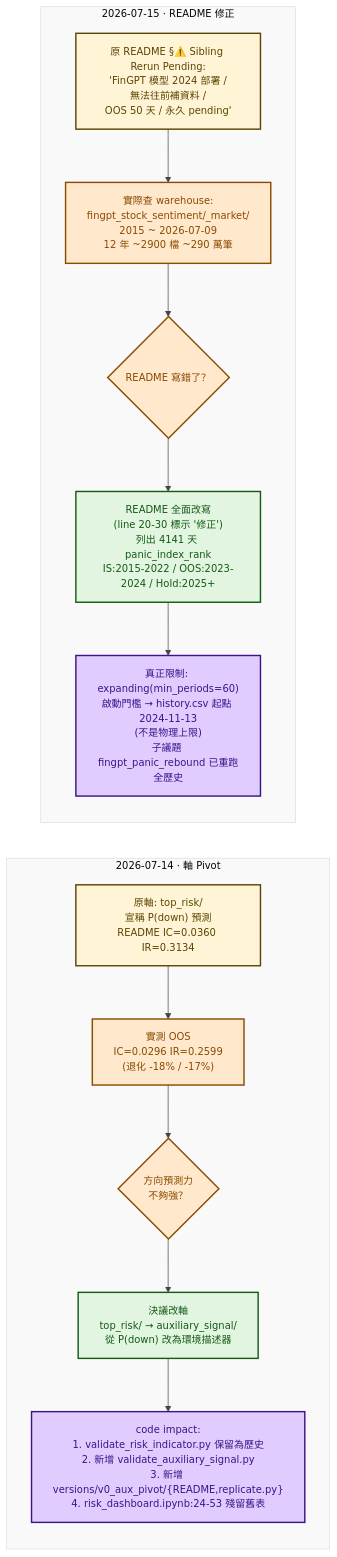
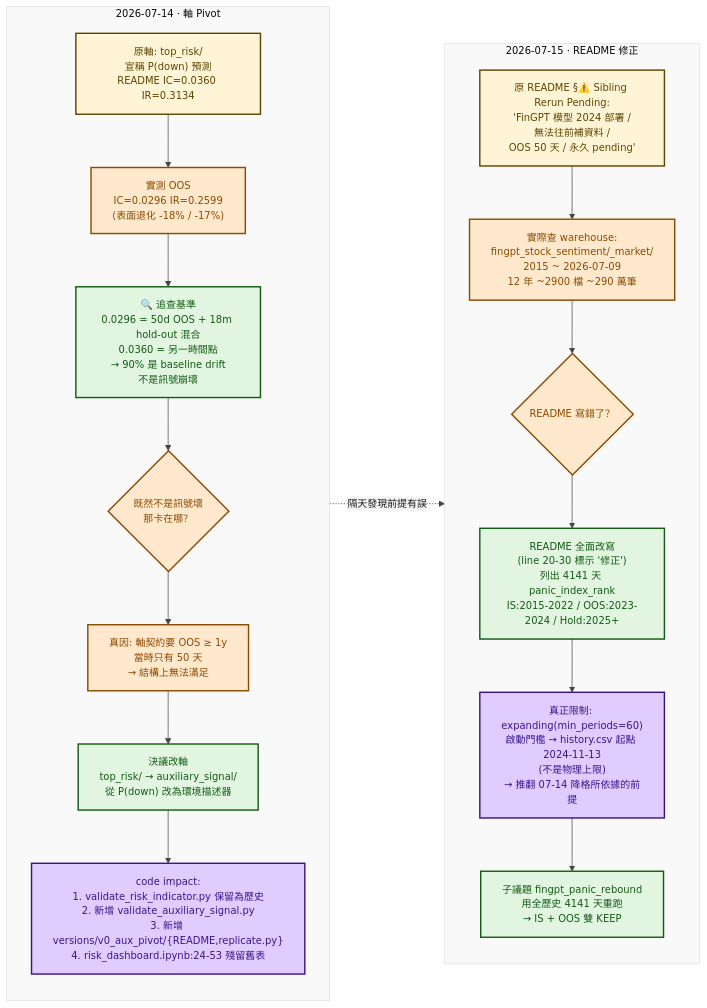
The seventh of 7 diagrams in flowcharts/market_risk_studies/fingpt_risk.md (Jang-jhih/quant-interview-prep), drawn with Mermaid before and after one commit. The commit also changed other lines of this file and 18 other files, not shown here.

````diff
--- a/flowcharts/market_risk_studies/fingpt_risk.md
+++ b/flowcharts/market_risk_studies/fingpt_risk.md
@@ -277,33 +329,38 @@
 ```mermaid
 %%{init: {'theme':'base', 'themeVariables': {'primaryColor':'#ececec','primaryTextColor':'#1a1a1a','primaryBorderColor':'#666666','lineColor':'#444444','secondaryColor':'#f4f4f4','fontSize':'14px'}}}%%
 flowchart LR
     classDef baseline fill:#fff4d6,stroke:#5c4500,stroke-width:2px,color:#5c4500
     classDef pivot fill:#ffe8cc,stroke:#8a4a00,stroke-width:2px,color:#8a4a00
     classDef fix fill:#e1f5e1,stroke:#145a14,stroke-width:2px,color:#145a14
     classDef lesson fill:#e0ccff,stroke:#3a1488,stroke-width:2px,color:#3a1488
 
     subgraph P1["2026-07-14 · 軸 Pivot"]
         direction TB
         BEFORE1["原軸: top_risk/<br/>宣稱 P(down) 預測<br/>README IC=0.0360 IR=0.3134"]:::baseline
-        TEST1["實測 OOS<br/>IC=0.0296  IR=0.2599<br/>(退化 -18% / -17%)"]:::pivot
-        DECIDE1{"方向預測力<br/>不夠強？"}:::pivot
+        TEST1["實測 OOS<br/>IC=0.0296  IR=0.2599<br/>(表面退化 -18% / -17%)"]:::pivot
+        DIAG1["🔍 追查基準<br/>0.0296 = 50d OOS + 18m hold-out 混合<br/>0.0360 = 另一時間點<br/>→ 90% 是 baseline drift<br/>不是訊號崩壞"]:::fix
+        DECIDE1{"既然不是訊號壞<br/>那卡在哪？"}:::pivot
+        REASON1["真因: 軸契約要 OOS ≥ 1y<br/>當時只有 50 天<br/>→ 結構上無法滿足"]:::pivot
         ACT1["決議改軸<br/>top_risk/ → auxiliary_signal/<br/>從 P(down) 改為環境描述器"]:::fix
         CODE1["code impact:<br/>1. validate_risk_indicator.py 保留為歷史<br/>2. 新增 validate_auxiliary_signal.py<br/>3. 新增 versions/v0_aux_pivot/{README,replicate.py}<br/>4. risk_dashboard.ipynb:24-53 殘留舊表"]:::lesson
-        BEFORE1 --> TEST1 --> DECIDE1 --> ACT1 --> CODE1
+        BEFORE1 --> TEST1 --> DIAG1 --> DECIDE1 --> REASON1 --> ACT1 --> CODE1
     end
 
     subgraph P2["2026-07-15 · README 修正"]
         direction TB
         BEFORE2["原 README §⚠️ Sibling Rerun Pending:<br/>'FinGPT 模型 2024 部署 /<br/>無法往前補資料 /<br/>OOS 50 天 / 永久 pending'"]:::baseline
         FIND["實際查 warehouse:<br/>fingpt_stock_sentiment/_market/<br/>2015 ~ 2026-07-09<br/>12 年 ~2900 檔 ~290 萬筆"]:::pivot
         DECIDE2{"README 寫錯了？"}:::pivot
         ACT2["README 全面改寫<br/>(line 20-30 標示 '修正')<br/>列出 4141 天 panic_index_rank<br/>IS:2015-2022 / OOS:2023-2024 / Hold:2025+"]:::fix
-        LIMIT["真正限制: expanding(min_periods=60)<br/>啟動門檻 → history.csv 起點 2024-11-13<br/>(不是物理上限)<br/>子議題 fingpt_panic_rebound 已重跑全歷史"]:::lesson
-        BEFORE2 --> FIND --> DECIDE2 --> ACT2 --> LIMIT
+        LIMIT["真正限制: expanding(min_periods=60)<br/>啟動門檻 → history.csv 起點 2024-11-13<br/>(不是物理上限)<br/>→ 推翻 07-14 降格所依據的前提"]:::lesson
+        WIN["子議題 fingpt_panic_rebound<br/>用全歷史 4141 天重跑<br/>→ IS + OOS 雙 KEEP"]:::fix
+        BEFORE2 --> FIND --> DECIDE2 --> ACT2 --> LIMIT --> WIN
     end
 
+    CODE1 -. "隔天發現前提有誤" .-> BEFORE2
+
     class BEFORE1,BEFORE2 baseline
-    class TEST1,DECIDE1,FIND,DECIDE2 pivot
-    class ACT1,ACT2 fix
+    class TEST1,DECIDE1,FIND,DECIDE2,REASON1 pivot
+    class ACT1,ACT2,DIAG1,WIN fix
     class CODE1,LIMIT lesson
 ```
````
